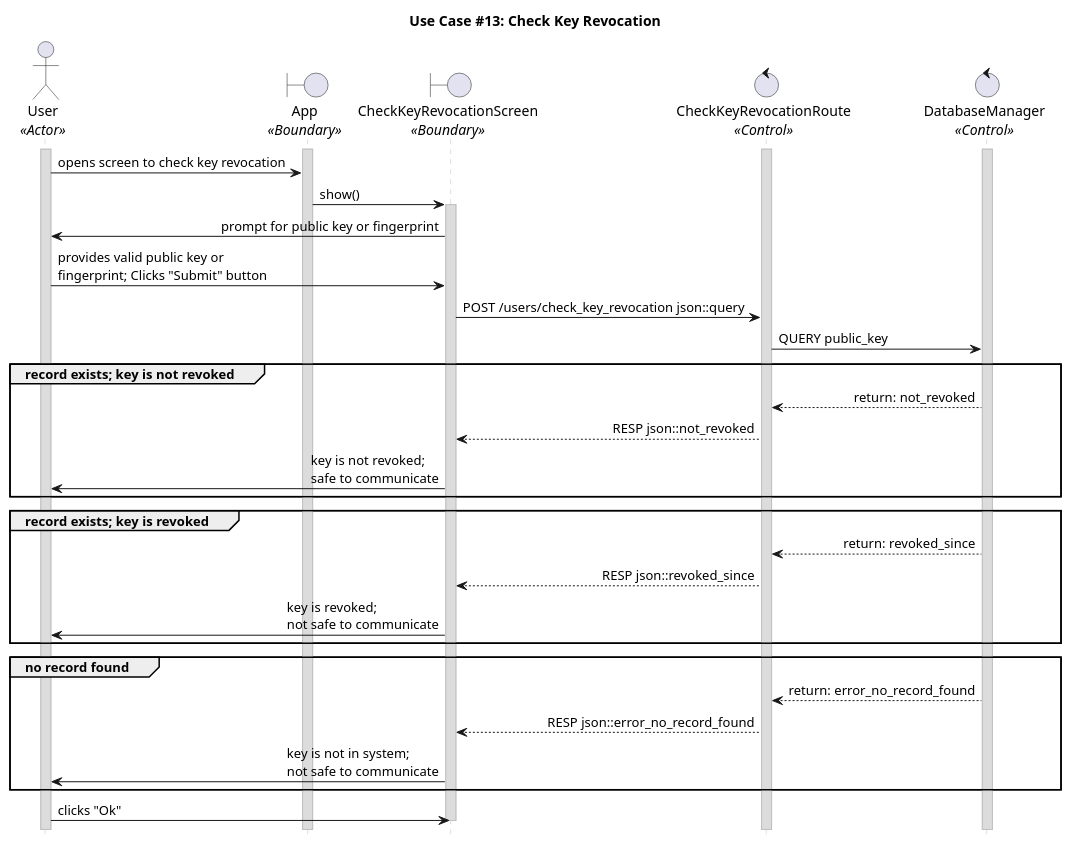
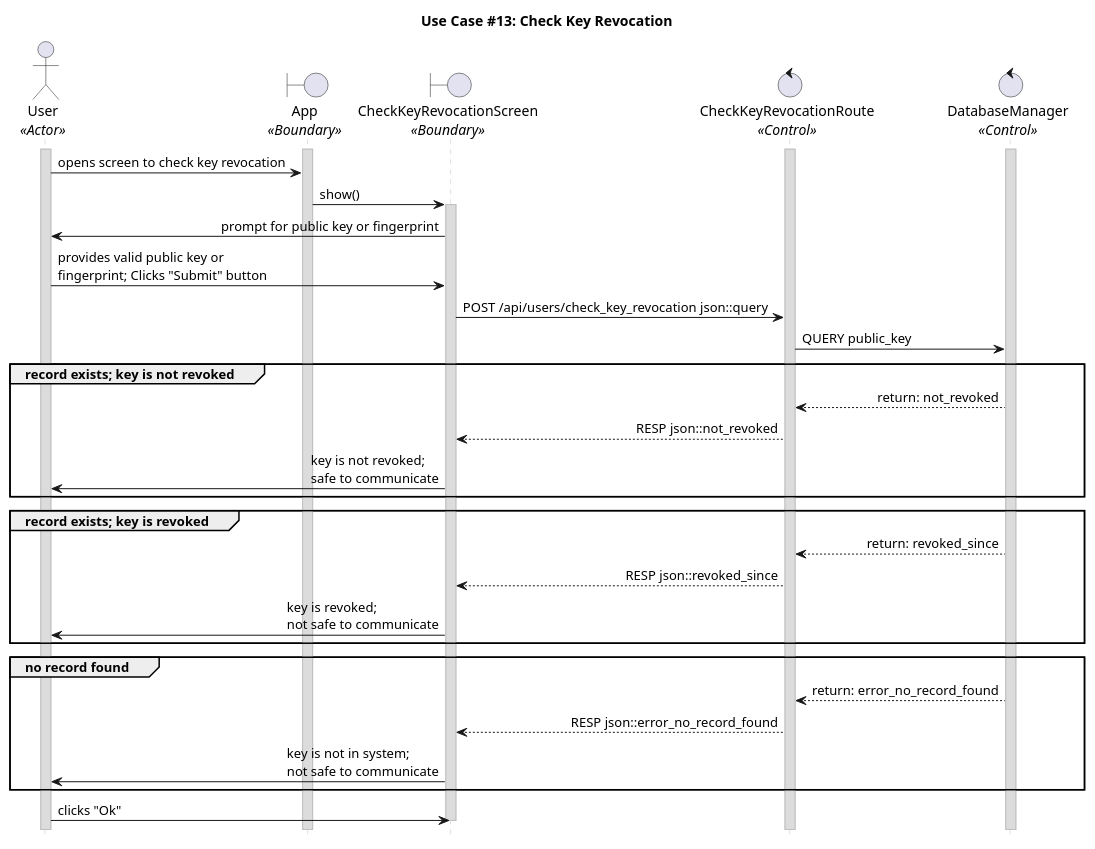
The diagram in uc_13.puml (CECS-491-SP24-Group-1/seq-diagrams), drawn with PlantUML before and after one commit. The commit also changed 3 other files, not shown here.

```diff
--- a/uc_13.puml
+++ b/uc_13.puml
@@ -1,66 +1,66 @@
 @startuml uc13
 title "Use Case #13: Check Key Revocation"
 
 'Styling goes here
 hide footbox
 skinparam stereotypePosition bottom
 skinparam sequenceMessageAlign direction
 skinparam sequence {
 	LifeLineBorderColor #Silver
 	LifeLineBackgroundColor #Gainsboro
 }
 
 'Setup the objects involved here
 actor User as u <<Actor>>
 boundary App as a <<Boundary>>
 boundary CheckKeyRevocationScreen as krs <<Boundary>>
 control CheckKeyRevocationRoute as krr <<Control>>
 control DatabaseManager as dbm <<Control>>
 
 'Setup persistent objects here
 activate u
 activate a
 activate krr
 activate dbm
 
 '--- FLOW OF CONTROL STARTS HERE ---
 'The user sends the key to the server.
 u -> a: opens screen to check key revocation
 a -> krs: show()
 activate krs
 krs -> u: prompt for public key or fingerprint
 u -> krs: provides valid public key or \nfingerprint; Clicks "Submit" button
 
 'The server queries the revocation database for the key.
-krs -> krr: POST /users/check_key_revocation json::query
+krs -> krr: POST /api/users/check_key_revocation json::query
 krr -> dbm: QUERY public_key
 
 'The server responds back with the revocation status of the key.
 group record exists; key is not revoked
 
 	dbm --> krr: return: not_revoked
 	krr --> krs: RESP json::not_revoked
 	krs -> u: key is not revoked; \nsafe to communicate
 end
 group record exists; key is revoked
 
 	dbm --> krr: return: revoked_since
 	krr --> krs: RESP json::revoked_since
 	krs -> u: key is revoked; \nnot safe to communicate
 end
 
 'If no response from the database, then “indeterminate” is sent instead.
 group no record found
 
 	dbm --> krr: return: error_no_record_found
 	krr --> krs: RESP json::error_no_record_found
 	krs -> u: key is not in system; \nnot safe to communicate
 
 end
 
 'Cleanup
 u -> krs: clicks "Ok"
 deactivate krs
 '--- FLOW OF CONTROL ENDS HERE   ---
 
 @enduml
```
